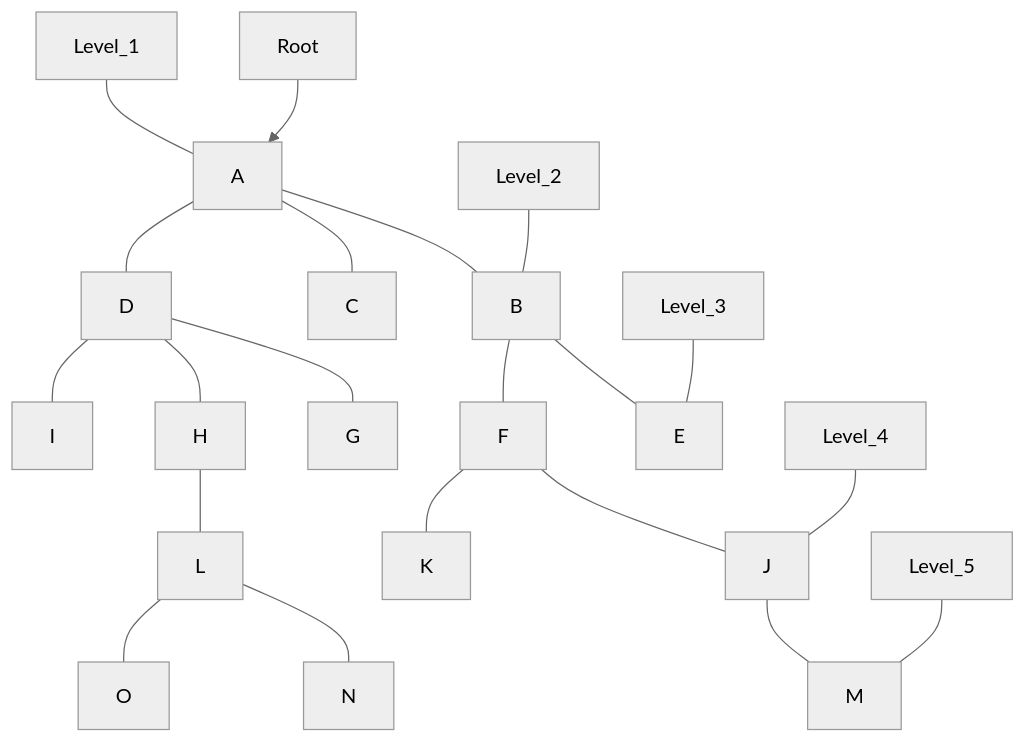
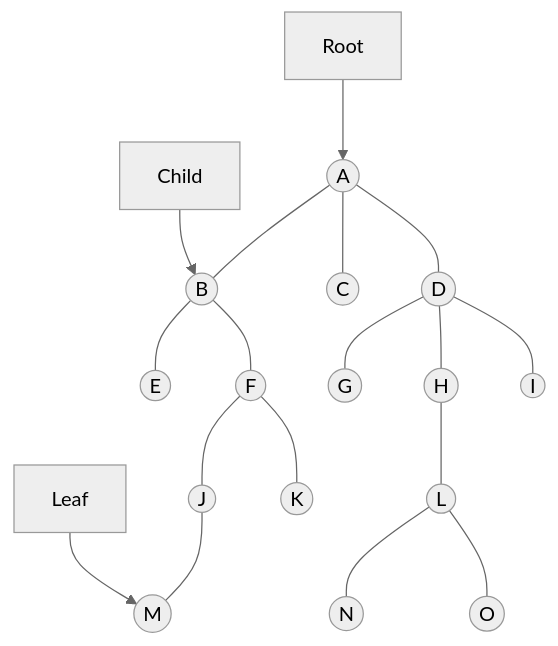
Before and after one commit to ARYAN-KUMAR-22/dsa: the diagram in tree/tree_terminology.md, drawn with Mermaid (neutral theme).

Commit message:
Refine tree diagram: circular nodes and arrow labels for components, removed level indicators

````diff
--- a/tree/tree_terminology.md
+++ b/tree/tree_terminology.md
@@ -9,24 +9,29 @@
 ```mermaid
 graph TD
-    Root --> A
+    %% Node Definitions with labels
+    Root --> A((A))
+    Child --> B((B))
+    Leaf --> M((M))
+    
+    %% Tree Structure
     A --- B
-    A --- C
-    A --- D
-    B --- E
-    B --- F
-    D --- G
-    D --- H
-    D --- I
-    F --- J
-    F --- K
-    H --- L
+    A --- C((C))
+    A --- D((D))
+    
+    B --- E((E))
+    B --- F((F))
+    
+    D --- G((G))
+    D --- H((H))
+    D --- I((I))
+    
+    F --- J((J))
+    F --- K((K))
+    
+    H --- L((L))
+    
     J --- M
-    L --- N
-    L --- O
     
-    Level_1 --- A
-    Level_2 --- B
-    Level_3 --- E
-    Level_4 --- J
-    Level_5 --- M
+    L --- N((N))
+    L --- O((O))
 ```
````
